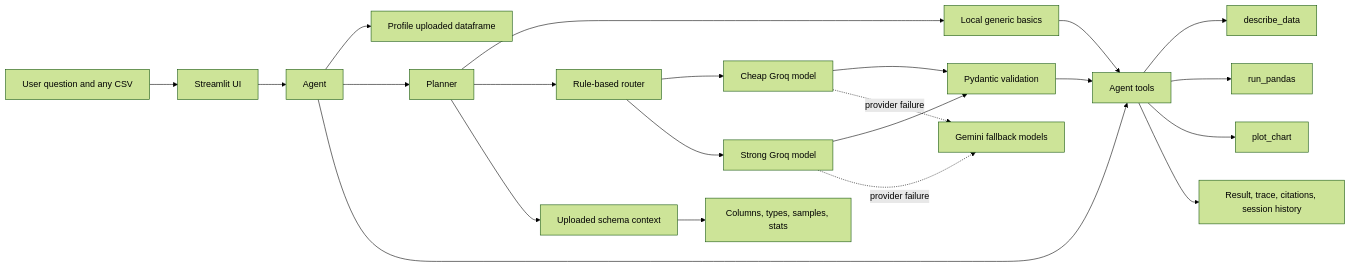
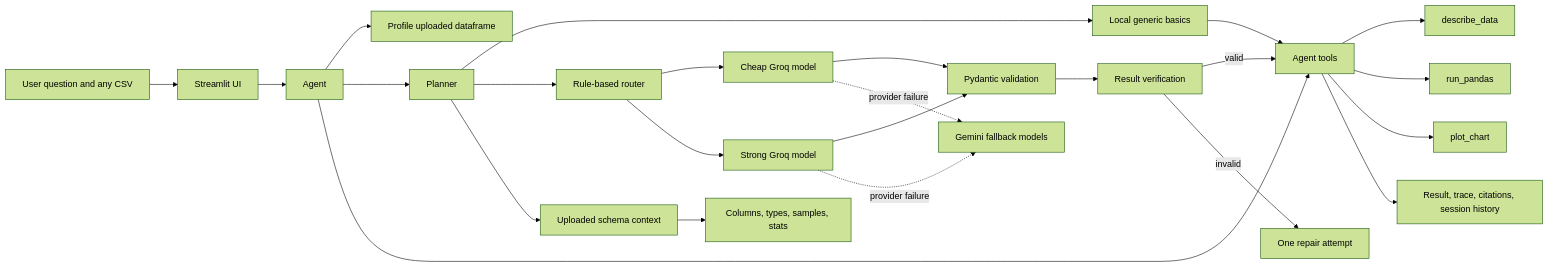
Before and after one commit to astroelaa/data-analyst-copilot: the diagram in README.md, drawn with Mermaid (forest theme). The commit also changed other lines of this file and 7 other files, not shown here.

````diff
--- a/README.md
+++ b/README.md
@@ -71,24 +71,26 @@
 ```mermaid
 flowchart LR
     U[User question and any CSV] --> UI[Streamlit UI]
     UI --> A[Agent]
     A --> D[Profile uploaded dataframe]
     A --> P[Planner]
     P --> L[Local generic basics]
     P --> R[Rule-based router]
     R --> C[Cheap Groq model]
     R --> S[Strong Groq model]
     C --> V[Pydantic validation]
     S --> V
     C -. provider failure .-> G[Gemini fallback models]
     S -. provider failure .-> G
     P --> D1[Uploaded schema context]
     D1 --> E[Columns, types, samples, stats]
     A --> T[Agent tools]
     T --> DP[describe_data]
     T --> RP[run_pandas]
     T --> PC[plot_chart]
-    V --> T
+    V --> Q[Result verification]
+    Q -->|valid| T
+    Q -->|invalid| X[One repair attempt]
     L --> T
     T --> O[Result, trace, citations, session history]
 ```
````
